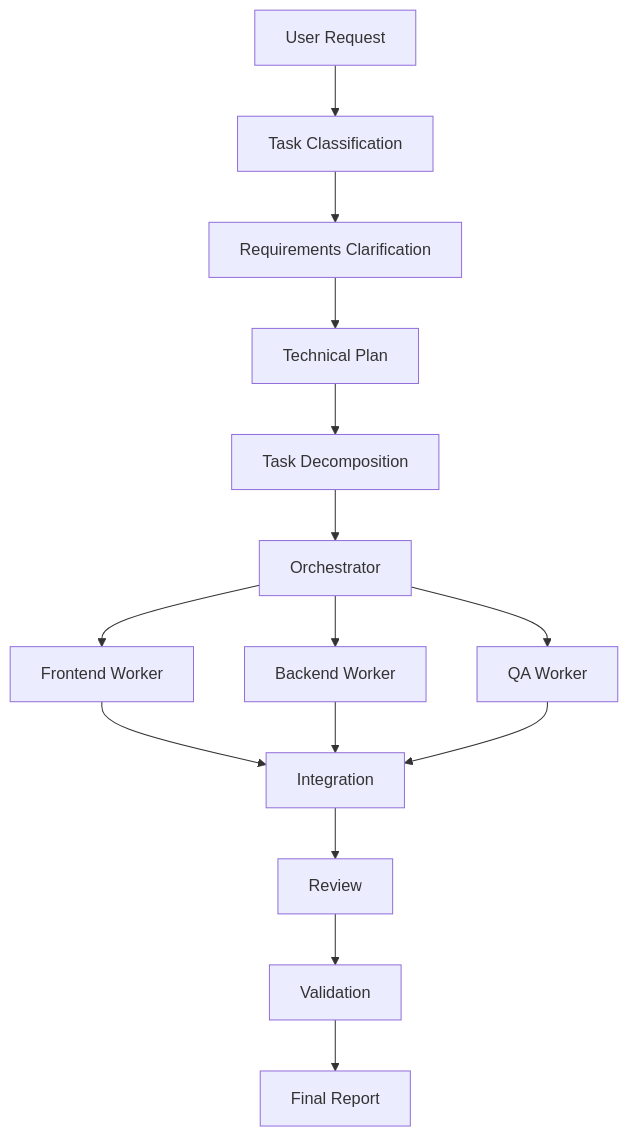
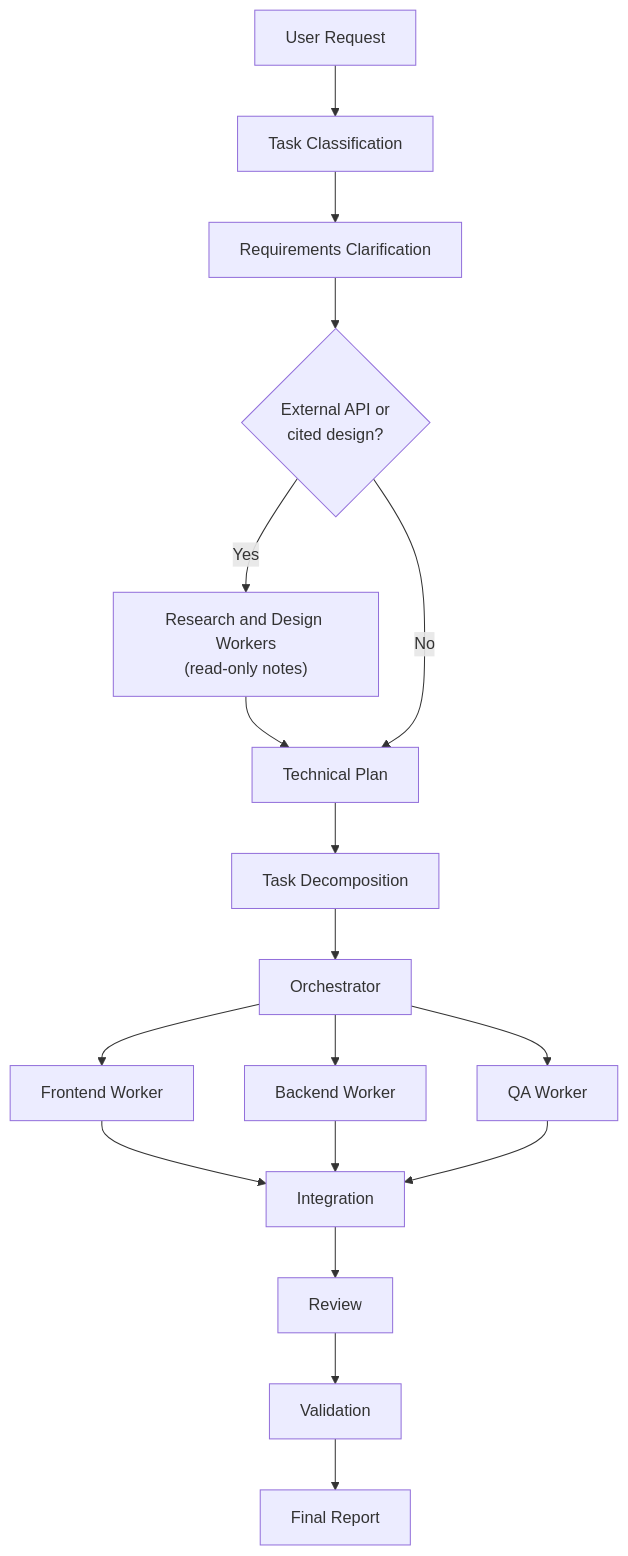
The third of 9 diagrams in docs/architecture.md (leoarkiteto/ai-software-factory-kit), drawn with Mermaid before and after one commit. The commit also changed other lines of this file and 17 other files, not shown here.

First line of the commit message:
Show the research and design workers in the diagrams

````diff
--- a/docs/architecture.md
+++ b/docs/architecture.md
@@ -276,20 +289,23 @@
 ```mermaid
 flowchart TD
     A[User Request] --> B[Task Classification]
     B --> C[Requirements Clarification]
-    C --> D[Technical Plan]
+    C --> X{"External API or<br/>cited design?"}
+    X -->|Yes| RD["Research and Design Workers<br/>(read-only notes)"]
+    RD --> D
+    X -->|No| D[Technical Plan]
     D --> E[Task Decomposition]
     E --> F[Orchestrator]
 
     F --> G[Frontend Worker]
     F --> H[Backend Worker]
     F --> I[QA Worker]
 
     G --> J[Integration]
     H --> J
     I --> J
 
     J --> K[Review]
     K --> L[Validation]
     L --> M[Final Report]
 ```
````
